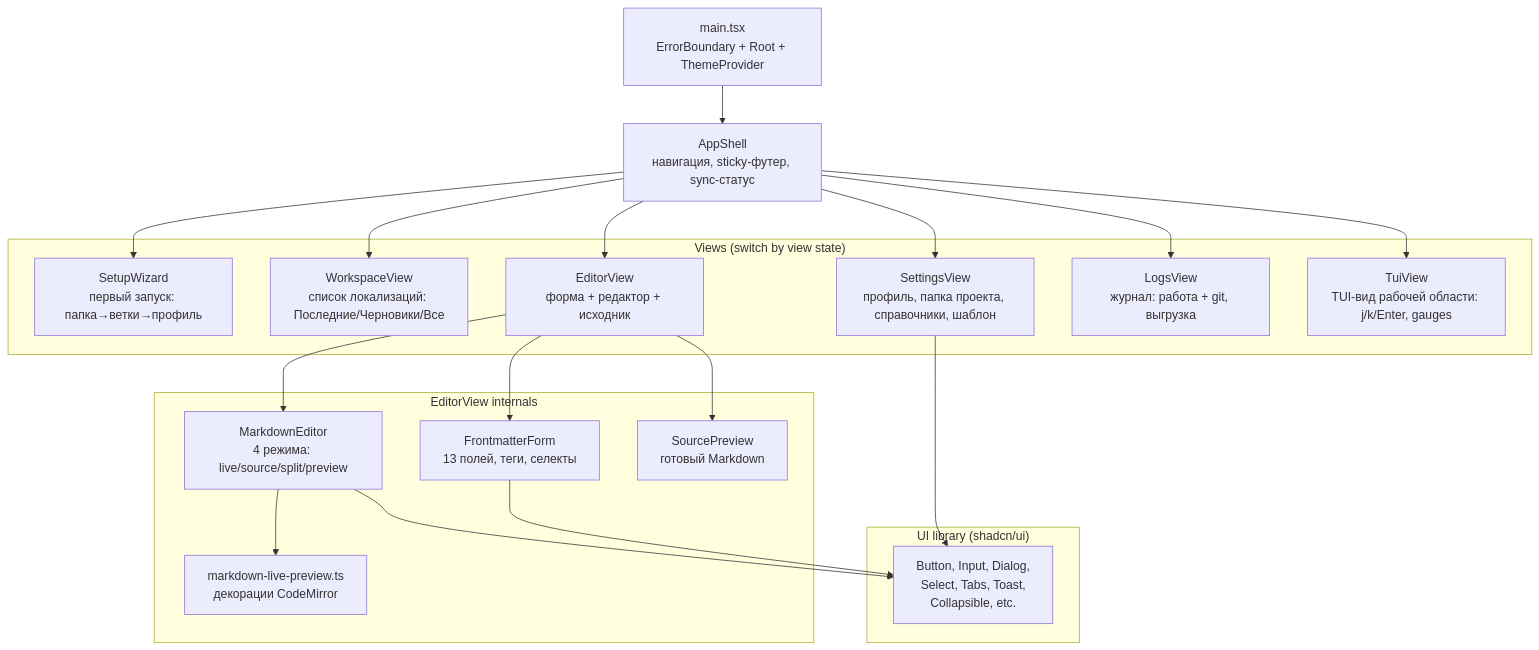
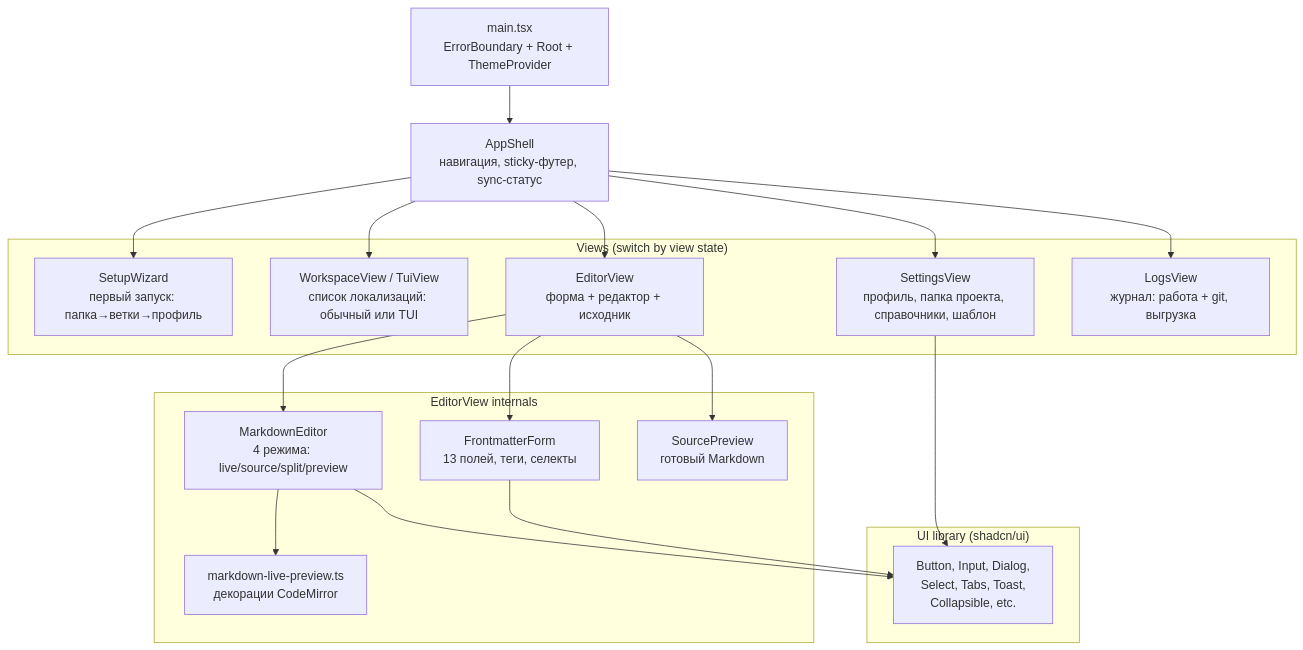
One commit to artamonovav/ids changed the second of 19 diagrams in ARCHITECTURE.md. Above: the diagram before and after it, drawn with Mermaid. The commit also changed other lines of this file and 10 other files, not shown here.

````diff
--- a/ARCHITECTURE.md
+++ b/ARCHITECTURE.md
@@ -51,43 +51,41 @@
 ```mermaid
 graph TD
     MAIN[main.tsx<br/>ErrorBoundary + Root + ThemeProvider]
     APP[AppShell<br/>навигация, sticky-футер, sync-статус]
 
     MAIN --> APP
 
     subgraph "Views (switch by view state)"
         SETUP[SetupWizard<br/>первый запуск: папка→ветки→профиль]
-        WORK[WorkspaceView<br/>список локализаций: Последние/Черновики/Все]
+        WORK[WorkspaceView / TuiView<br/>список локализаций: обычный или TUI]
         EDITOR[EditorView<br/>форма + редактор + исходник]
         SETTINGS[SettingsView<br/>профиль, папка проекта, справочники, шаблон]
         LOGS[LogsView<br/>журнал: работа + git, выгрузка]
-        TUI[TuiView<br/>TUI-вид рабочей области: j/k/Enter, gauges]
     end
 
     APP --> SETUP
     APP --> WORK
     APP --> EDITOR
     APP --> SETTINGS
     APP --> LOGS
-    APP --> TUI
 
     subgraph "EditorView internals"
         FM[FrontmatterForm<br/>13 полей, теги, селекты]
         MD[MarkdownEditor<br/>4 режима: live/source/split/preview]
         LIVE[markdown-live-preview.ts<br/>декорации CodeMirror]
         SRC[SourcePreview<br/>готовый Markdown]
     end
 
     EDITOR --> FM
     EDITOR --> MD
     EDITOR --> SRC
     MD --> LIVE
 
     subgraph "UI library (shadcn/ui)"
         UI[Button, Input, Dialog,<br/>Select, Tabs, Toast,<br/>Collapsible, etc.]
     end
 
     FM --> UI
     MD --> UI
     SETTINGS --> UI
 ```
````
